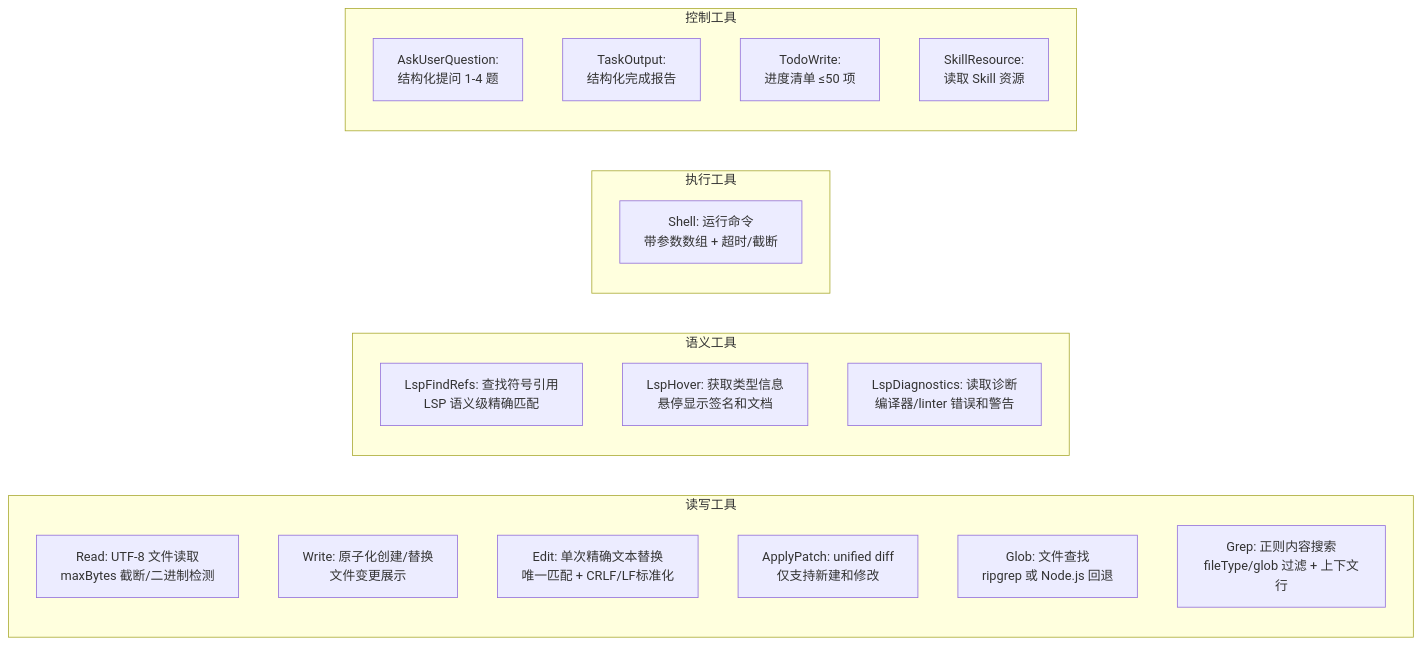
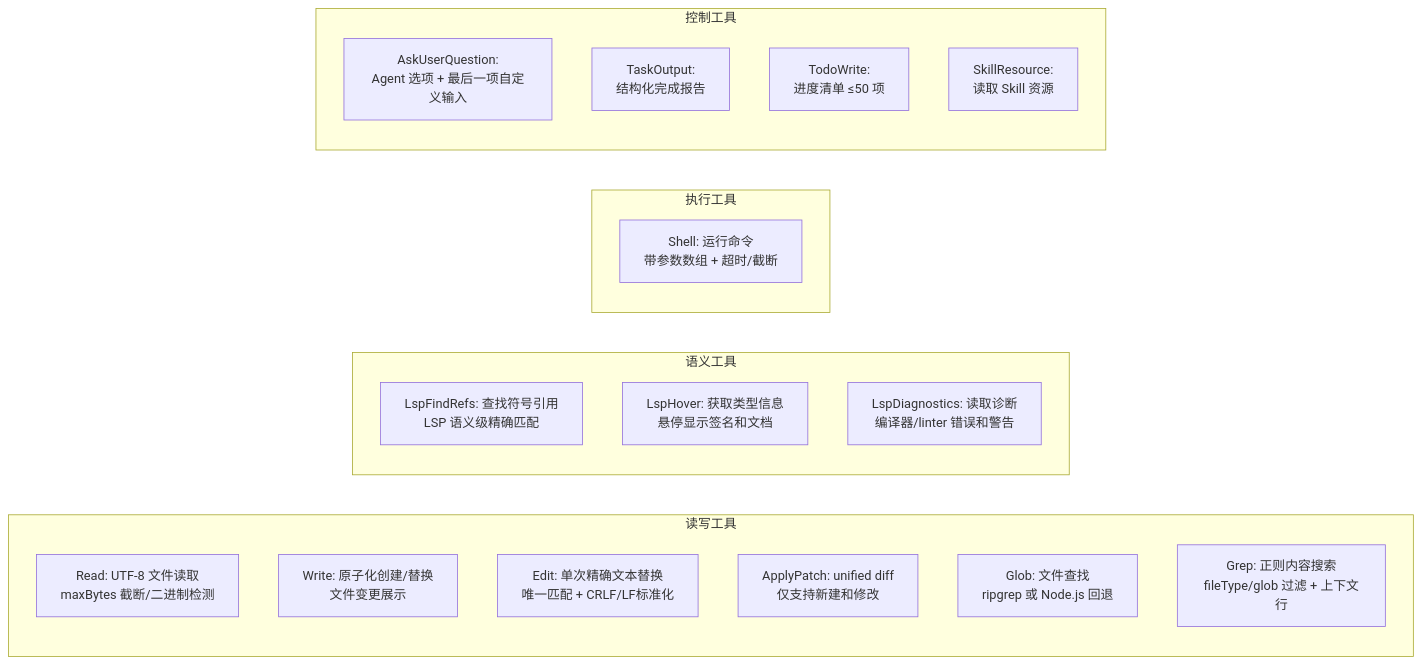
One commit to YachuanWzh/flavor-code changed diagram 19 of 39 in 技术方案报告.md. Above: the diagram before and after it, drawn with Mermaid. The commit also changed other lines of this file and 47 other files, not shown here.

````diff
--- a/技术方案报告.md
+++ b/技术方案报告.md
@@ -1733,28 +1814,28 @@
 ```mermaid
 flowchart LR
     subgraph "读写工具"
         READ[Read: UTF-8 文件读取<br/>maxBytes 截断/二进制检测]
         WRITE[Write: 原子化创建/替换<br/>文件变更展示]
         EDIT[Edit: 单次精确文本替换<br/>唯一匹配 + CRLF/LF标准化]
         PATCH[ApplyPatch: unified diff<br/>仅支持新建和修改]
         GLOB[Glob: 文件查找<br/>ripgrep 或 Node.js 回退]
         GREP[Grep: 正则内容搜索<br/>fileType/glob 过滤 + 上下文行]
     end
 
     subgraph "语义工具"
         LSP_REF[LspFindRefs: 查找符号引用<br/>LSP 语义级精确匹配]
         LSP_HOV[LspHover: 获取类型信息<br/>悬停显示签名和文档]
         LSP_DIAG[LspDiagnostics: 读取诊断<br/>编译器/linter 错误和警告]
     end
 
     subgraph "执行工具"
         SHELL[Shell: 运行命令<br/>带参数数组 + 超时/截断]
     end
 
     subgraph "控制工具"
-        ASK[AskUserQuestion:<br/>结构化提问 1-4 题]
+        ASK[AskUserQuestion:<br/>Agent 选项 + 最后一项自定义输入]
         OUTPUT[TaskOutput:<br/>结构化完成报告]
         TODO[TodoWrite:<br/>进度清单 ≤50 项]
         SKILL_RES[SkillResource:<br/>读取 Skill 资源]
     end
 ```
````
